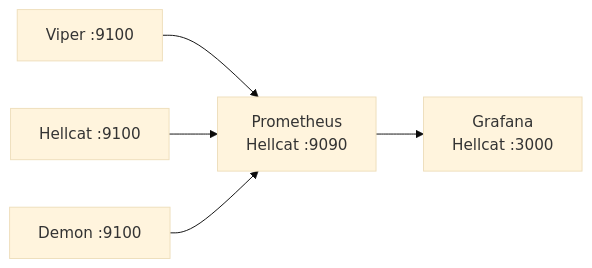
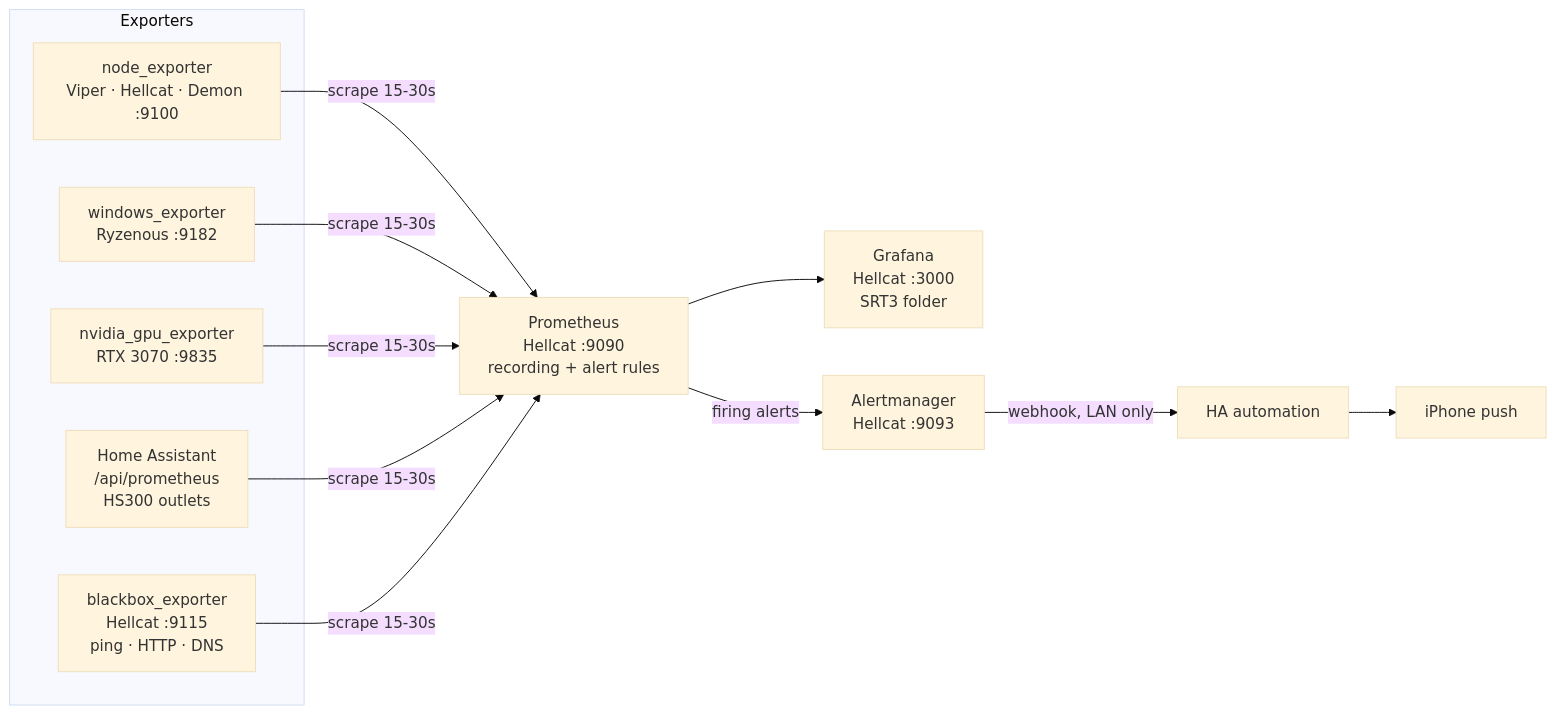
The diagram in docs/06-observability.md (justincherian/srt3-docs), drawn with Mermaid (base theme) before and after one commit. The commit also changed other lines of this file and 17 other files, not shown here.

````diff
--- a/docs/06-observability.md
+++ b/docs/06-observability.md
@@ -21,7 +7,14 @@
 ```mermaid
 flowchart LR
-  V[Viper :9100] --> P[Prometheus<br/>Hellcat :9090]
-  H[Hellcat :9100] --> P
-  D[Demon :9100] --> P
-  P --> G[Grafana<br/>Hellcat :3000]
+  subgraph Exporters
+    NE[node_exporter<br/>Viper · Hellcat · Demon :9100]
+    WE[windows_exporter<br/>Ryzenous :9182]
+    GE[nvidia_gpu_exporter<br/>RTX 3070 :9835]
+    HA[Home Assistant<br/>/api/prometheus<br/>HS300 outlets]
+    BB[blackbox_exporter<br/>Hellcat :9115<br/>ping · HTTP · DNS]
+  end
+  NE & WE & GE & HA & BB -->|scrape 15-30s| P[Prometheus<br/>Hellcat :9090<br/>recording + alert rules]
+  P --> G[Grafana<br/>Hellcat :3000<br/>SRT3 folder]
+  P -->|firing alerts| AM[Alertmanager<br/>Hellcat :9093]
+  AM -->|webhook, LAN only| HAW[HA automation] --> PH[iPhone push]
 ```
````
